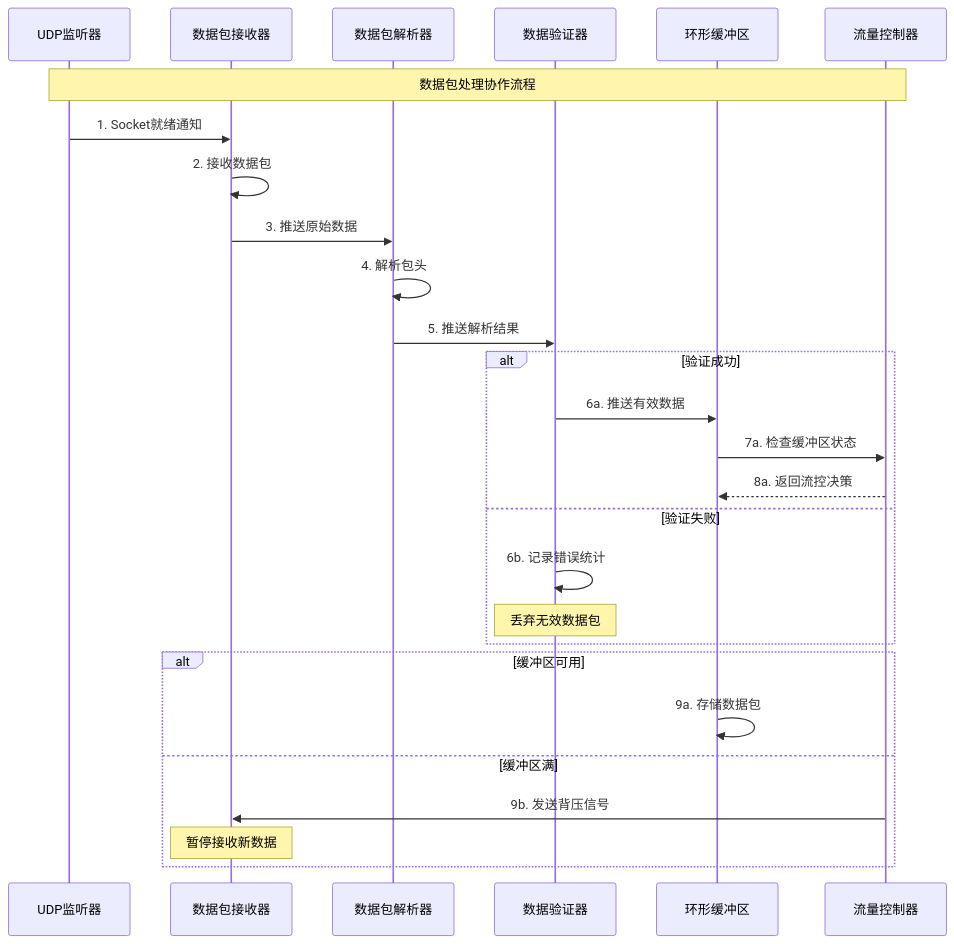
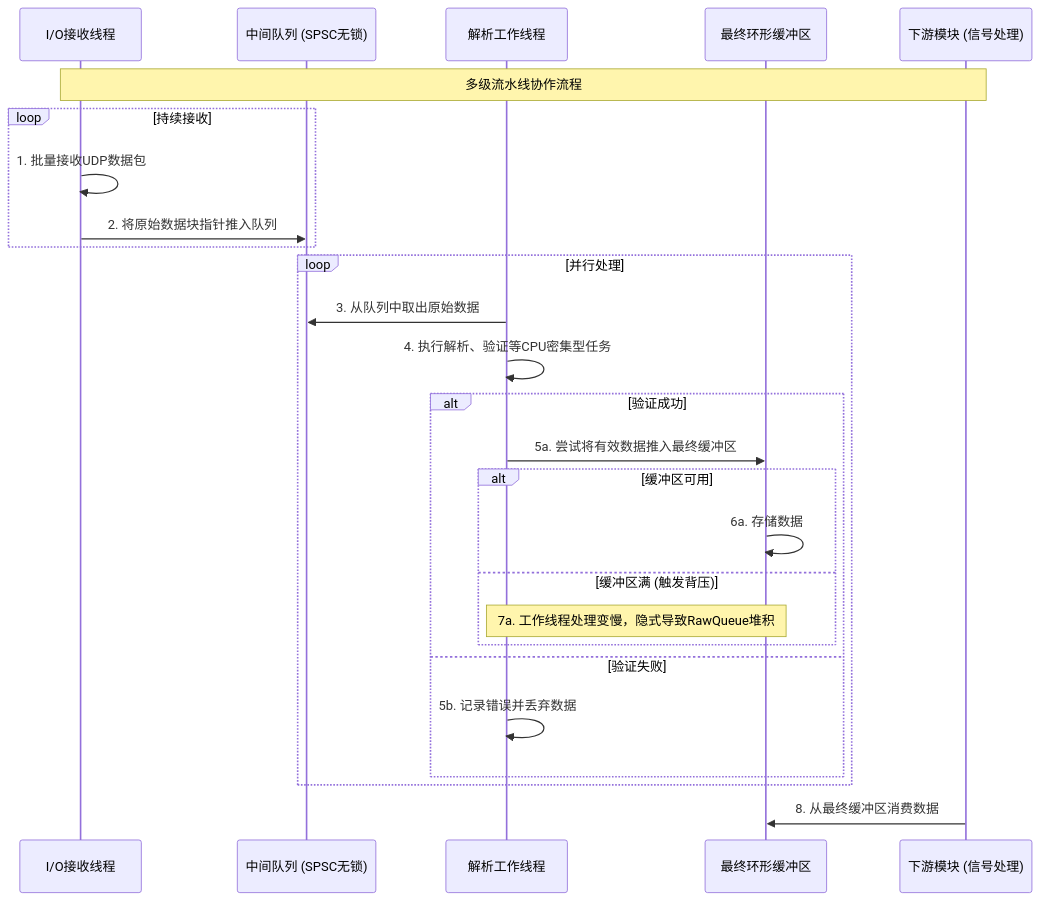
One commit to wendizhou99-cell/Radar changed the third of 10 diagrams in docs/01_项目设计/02_模块设计/01_数据接收模块设计.md. Above: the diagram before and after it, drawn with Mermaid. The commit also changed other lines of this file and 7 other files, not shown here.

````diff
--- a/docs/01_项目设计/02_模块设计/01_数据接收模块设计.md
+++ b/docs/01_项目设计/02_模块设计/01_数据接收模块设计.md
@@ -178,34 +191,33 @@
 ```mermaid
 sequenceDiagram
-    participant UDP as UDP监听器
-    participant Receiver as 数据包接收器
-    participant Parser as 数据包解析器
-    participant Validator as 数据验证器
-    participant Buffer as 环形缓冲区
-    participant Flow as 流量控制器
+    participant IOThread as I/O接收线程
+    participant RawQueue as 中间队列 (SPSC无锁)
+    participant Worker as 解析工作线程
+    participant FinalBuffer as 最终环形缓冲区
+    participant Downstream as 下游模块 (信号处理)
 
-    Note over UDP,Flow: 数据包处理协作流程
+    Note over IOThread,Downstream: 多级流水线协作流程
 
-    UDP->>Receiver: 1. Socket就绪通知
-    Receiver->>Receiver: 2. 接收数据包
-    Receiver->>Parser: 3. 推送原始数据
-
-    Parser->>Parser: 4. 解析包头
-    Parser->>Validator: 5. 推送解析结果
-
-    alt 验证成功
-        Validator->>Buffer: 6a. 推送有效数据
-        Buffer->>Flow: 7a. 检查缓冲区状态
-        Flow-->>Buffer: 8a. 返回流控决策
-    else 验证失败
-        Validator->>Validator: 6b. 记录错误统计
-        Note over Validator: 丢弃无效数据包
+    loop 持续接收
+        IOThread->>IOThread: 1. 批量接收UDP数据包
+        IOThread->>RawQueue: 2. 将原始数据块指针推入队列
     end
 
-    alt 缓冲区可用
-        Buffer->>Buffer: 9a. 存储数据包
-    else 缓冲区满
-        Flow->>Receiver: 9b. 发送背压信号
-        Note over Receiver: 暂停接收新数据
+    loop 并行处理
+        Worker->>RawQueue: 3. 从队列中取出原始数据
+        Worker->>Worker: 4. 执行解析、验证等CPU密集型任务
+
+        alt 验证成功
+            Worker->>FinalBuffer: 5a. 尝试将有效数据推入最终缓冲区
+            alt 缓冲区可用
+                FinalBuffer->>FinalBuffer: 6a. 存储数据
+            else 缓冲区满 (触发背压)
+                Note over Worker, FinalBuffer: 7a. 工作线程处理变慢，隐式导致RawQueue堆积
+            end
+        else 验证失败
+            Worker->>Worker: 5b. 记录错误并丢弃数据
+        end
     end
+
+    Downstream->>FinalBuffer: 8. 从最终缓冲区消费数据
 ```
````
